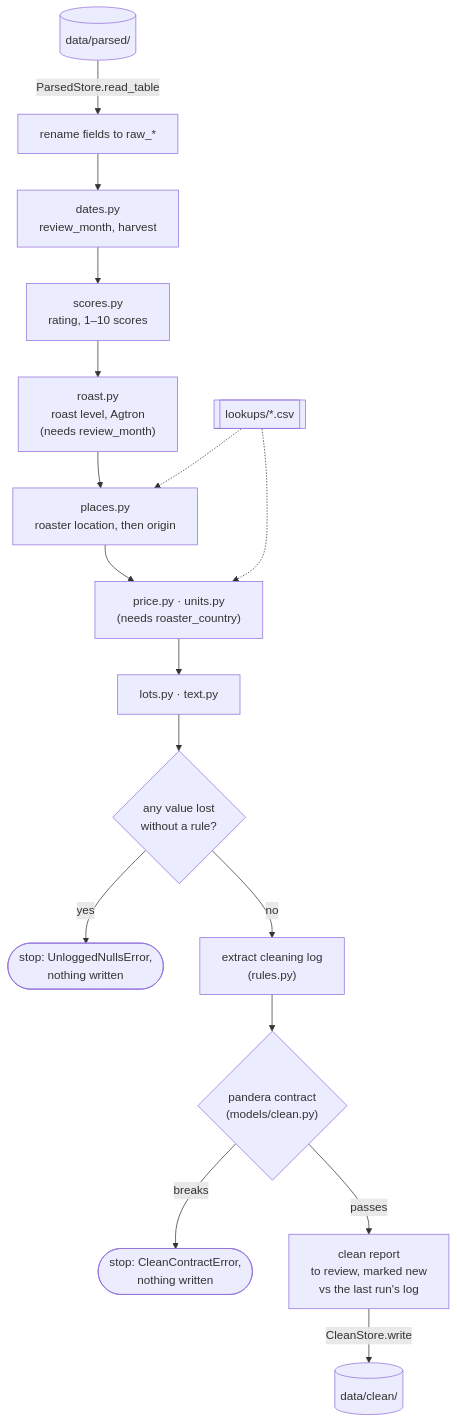
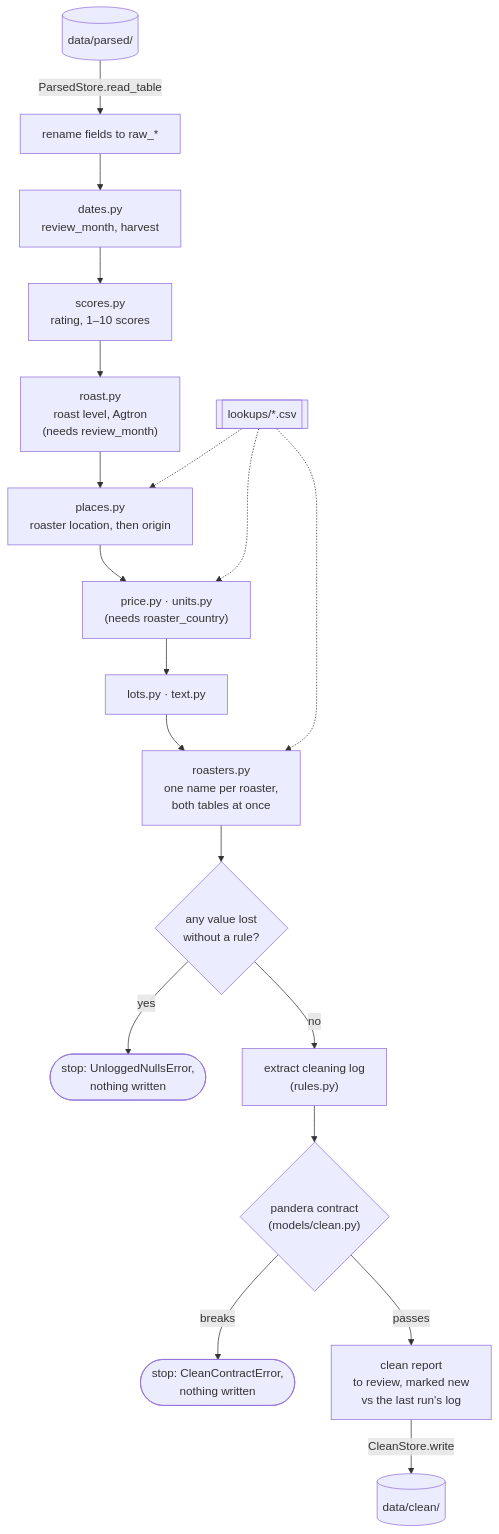
Before and after one commit to tynardone/coffee-review: the fifth of 7 diagrams in docs/architecture.md, drawn with Mermaid. The commit also changed other lines of this file and 2 other files, not shown here.

Commit message:
docs: explainer for roaster-name grouping

````diff
--- a/docs/architecture.md
+++ b/docs/architecture.md
@@ -153,19 +153,21 @@
 ```mermaid
 flowchart TD
     parsed[("data/parsed/")] -->|"ParsedStore.read_table"| rename["rename fields to raw_*"]
     rename --> dates["dates.py<br>review_month, harvest"]
     dates --> scores["scores.py<br>rating, 1–10 scores"]
     scores --> roast["roast.py<br>roast level, Agtron<br>(needs review_month)"]
     roast --> places["places.py<br>roaster location, then origin"]
     places --> price["price.py · units.py<br>(needs roaster_country)"]
     price --> rest["lots.py · text.py"]
     lookups[["lookups/*.csv"]] -.-> places
     lookups -.-> price
-    rest --> lost{"any value lost<br>without a rule?"}
+    rest --> roasters["roasters.py<br>one name per roaster,<br>both tables at once"]
+    lookups -.-> roasters
+    roasters --> lost{"any value lost<br>without a rule?"}
     lost -->|yes| stop1(["stop: UnloggedNullsError,<br>nothing written"])
     lost -->|no| log["extract cleaning log<br>(rules.py)"]
     log --> contract{"pandera contract<br>(models/clean.py)"}
     contract -->|breaks| stop2(["stop: CleanContractError,<br>nothing written"])
     contract -->|passes| report["clean report<br>to review, marked new<br>vs the last run's log"]
     report -->|"CleanStore.write"| clean[("data/clean/")]
 ```
````
